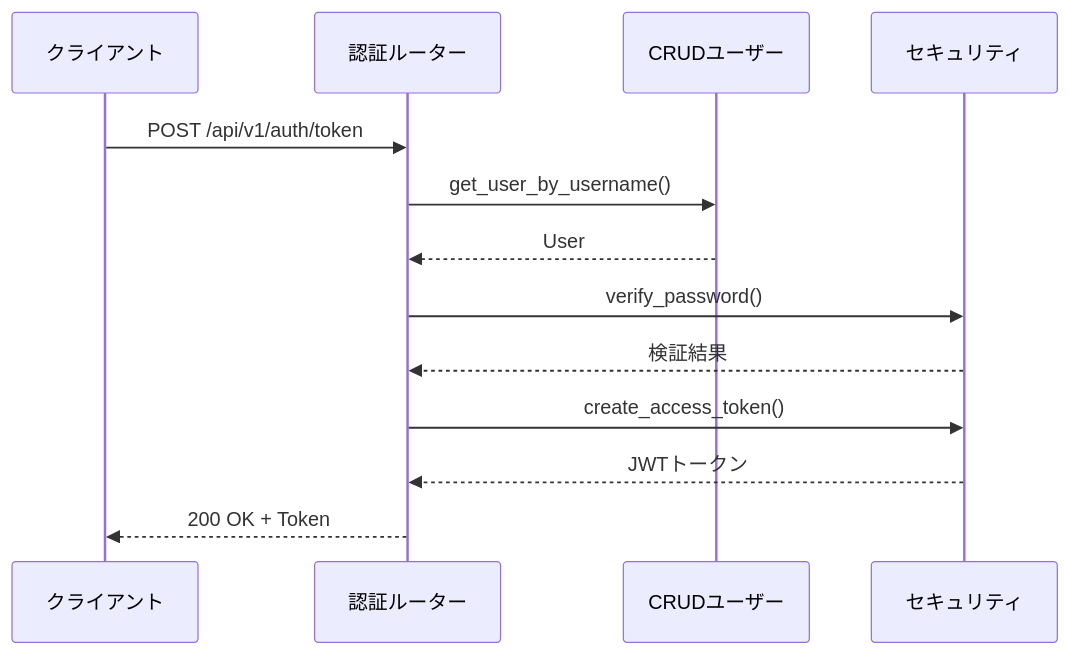
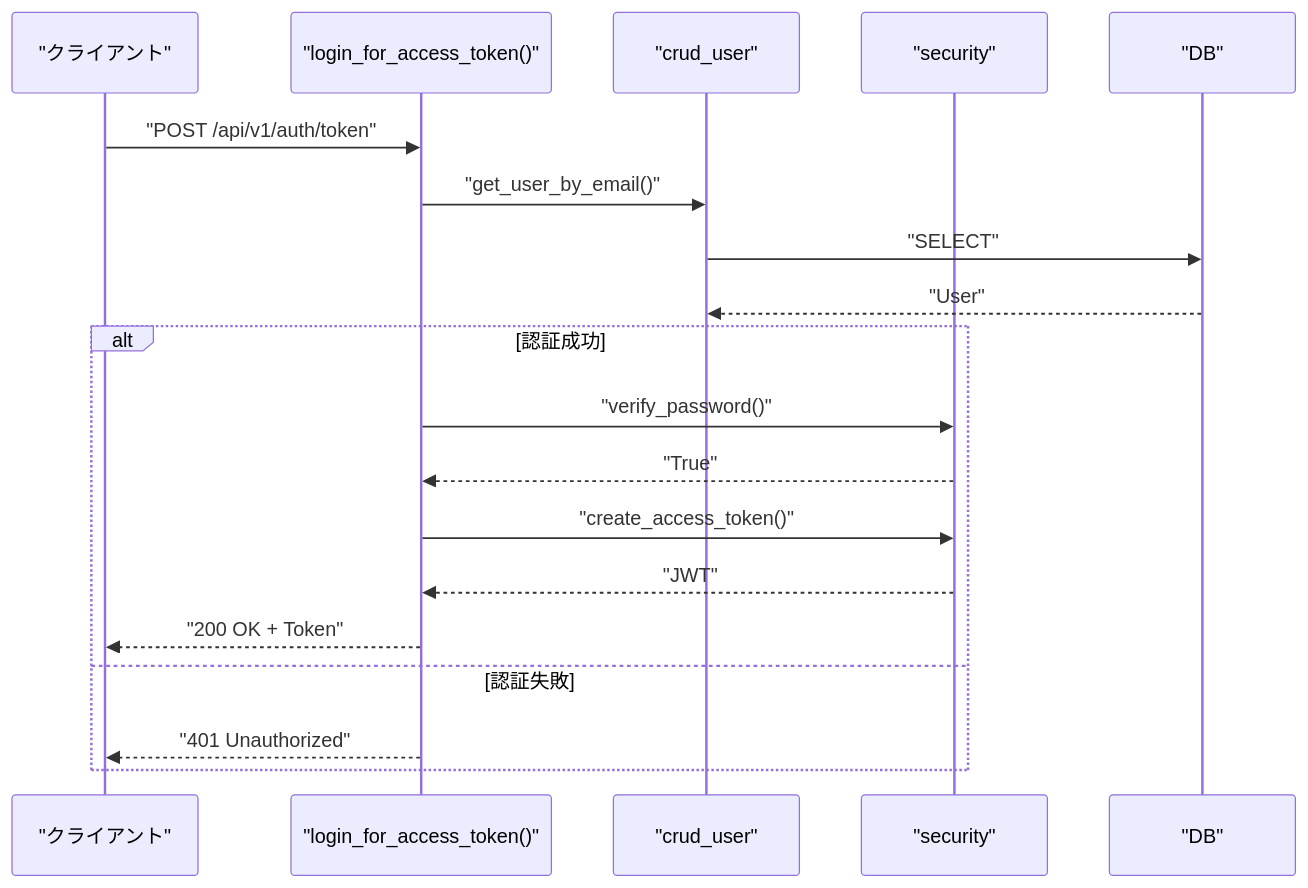
The fourth of 8 diagrams in .qoder/repowiki/ja/content/APIリファレンス/APIリファレンス.md (ss8806/Todos), drawn with Mermaid before and after one commit. The commit also changed other lines of this file and 106 other files, not shown here.

````diff
--- a/.qoder/repowiki/ja/content/APIリファレンス/APIリファレンス.md
+++ b/.qoder/repowiki/ja/content/APIリファレンス/APIリファレンス.md
@@ -189,15 +186,21 @@
 ```mermaid
 sequenceDiagram
-participant Client as クライアント
-participant Auth as 認証ルーター
-participant CRUD as CRUDユーザー
-participant Security as セキュリティ
-Client->>Auth : POST /api/v1/auth/token
-Auth->>CRUD : get_user_by_username()
-CRUD-->>Auth : User
-Auth->>Security : verify_password()
-Security-->>Auth : 検証結果
-Auth->>Security : create_access_token()
-Security-->>Auth : JWTトークン
-Auth-->>Client : 200 OK + Token
+participant C as "クライアント"
+participant T as "login_for_access_token()"
+participant U as "crud_user"
+participant S as "security"
+participant DB as "DB"
+C->>T : "POST /api/v1/auth/token"
+T->>U : "get_user_by_email()"
+U->>DB : "SELECT"
+DB-->>U : "User"
+alt 認証成功
+T->>S : "verify_password()"
+S-->>T : "True"
+T->>S : "create_access_token()"
+S-->>T : "JWT"
+T-->>C : "200 OK + Token"
+else 認証失敗
+T-->>C : "401 Unauthorized"
+end
 ```
````
